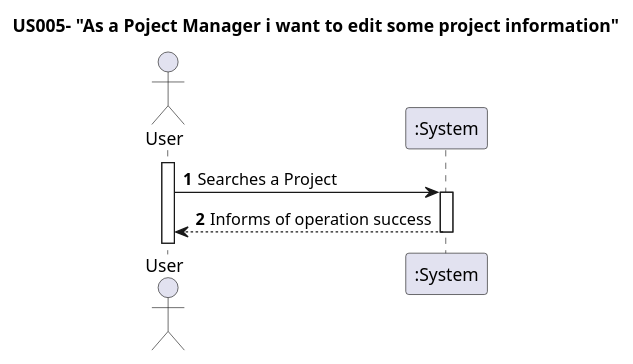
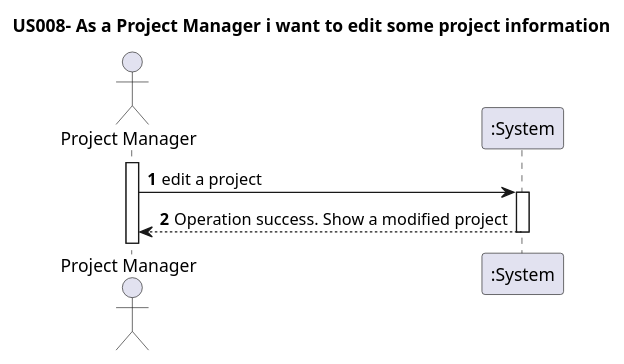
Before and after one commit to nunogon1211787/projectManagement: the diagram in docs/Sprint1/US008/US008-SSD.puml, drawn with PlantUML. The commit also changed 28 other files, not shown here.

Commit message:
US004: Reengineering: update code to implement DDD, Onion Architecture, REST and Spring-Boot. resolve #203, resolve #204, resolve #205

```diff
--- a/docs/Sprint1/US008/US008-SSD.puml
+++ b/docs/Sprint1/US008/US008-SSD.puml
@@ -1,17 +1,17 @@
 @startuml
 'https://plantuml.com/sequence-diagram
 
-title US005- "As a Poject Manager i want to edit some project information"
+title US008- As a Project Manager i want to edit some project information
 
 autoactivate on
 autonumber
 
-actor "User" as User
+actor "Project Manager" as User
 participant ":System" as System
 
 activate User
 
-User -> System: Searches a Project
-System --> User: Informs of operation success
+User -> System: edit a project
+System --> User: Operation success. Show a modified project
 
 @enduml
```
